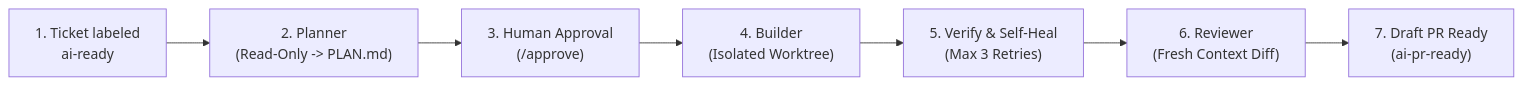
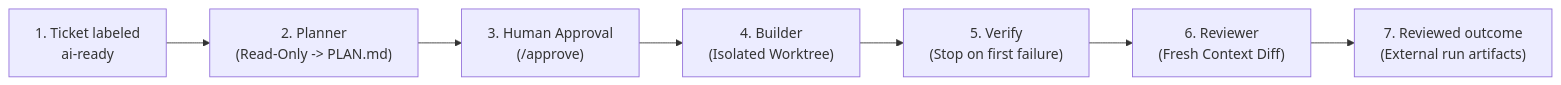
Before and after one commit to islam-kamel/software_factory: the diagram in README.md, drawn with Mermaid. The commit also changed other lines of this file and 47 other files, not shown here.

````diff
--- a/README.md
+++ b/README.md
@@ -19,9 +19,9 @@
 ```mermaid
 flowchart LR
     T["1. Ticket labeled<br/>ai-ready"] --> P["2. Planner<br/>(Read-Only -> PLAN.md)"]
     P --> H["3. Human Approval<br/>(/approve)"]
     H --> B["4. Builder<br/>(Isolated Worktree)"]
-    B --> V["5. Verify & Self-Heal<br/>(Max 3 Retries)"]
+    B --> V["5. Verify<br/>(Stop on first failure)"]
     V --> R["6. Reviewer<br/>(Fresh Context Diff)"]
-    R --> PR["7. Draft PR Ready<br/>(ai-pr-ready)"]
+    R --> D["7. Reviewed outcome<br/>(External run artifacts)"]
 ```
````
